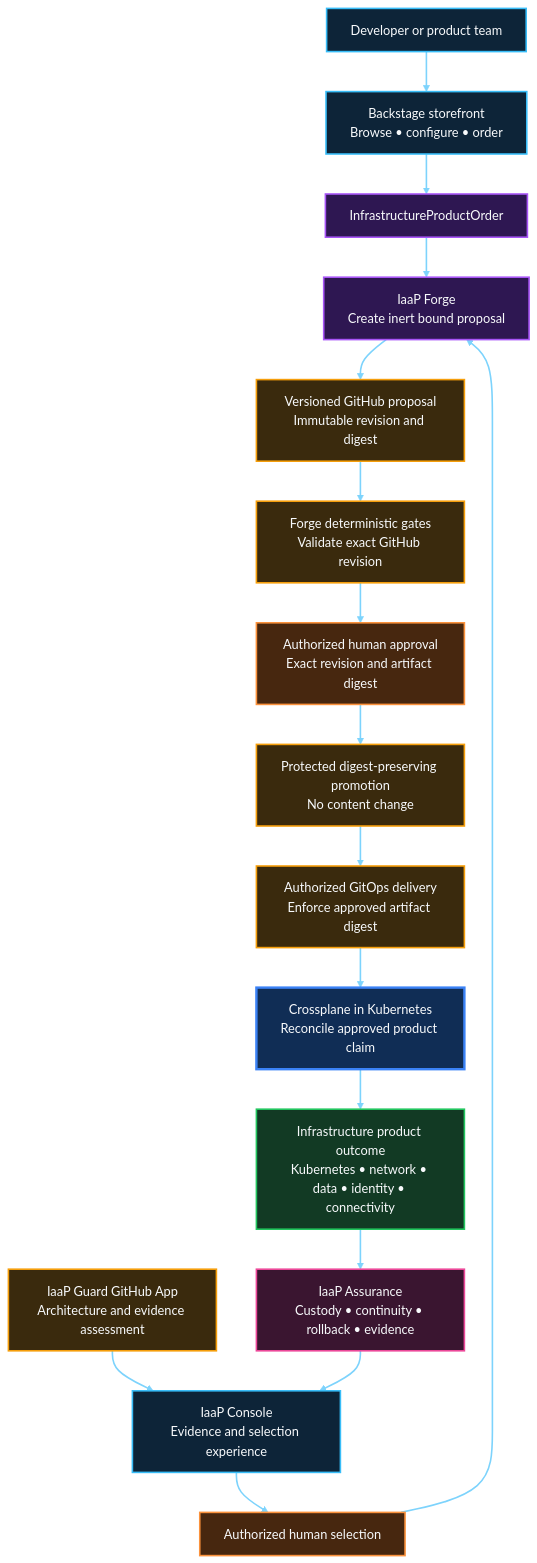
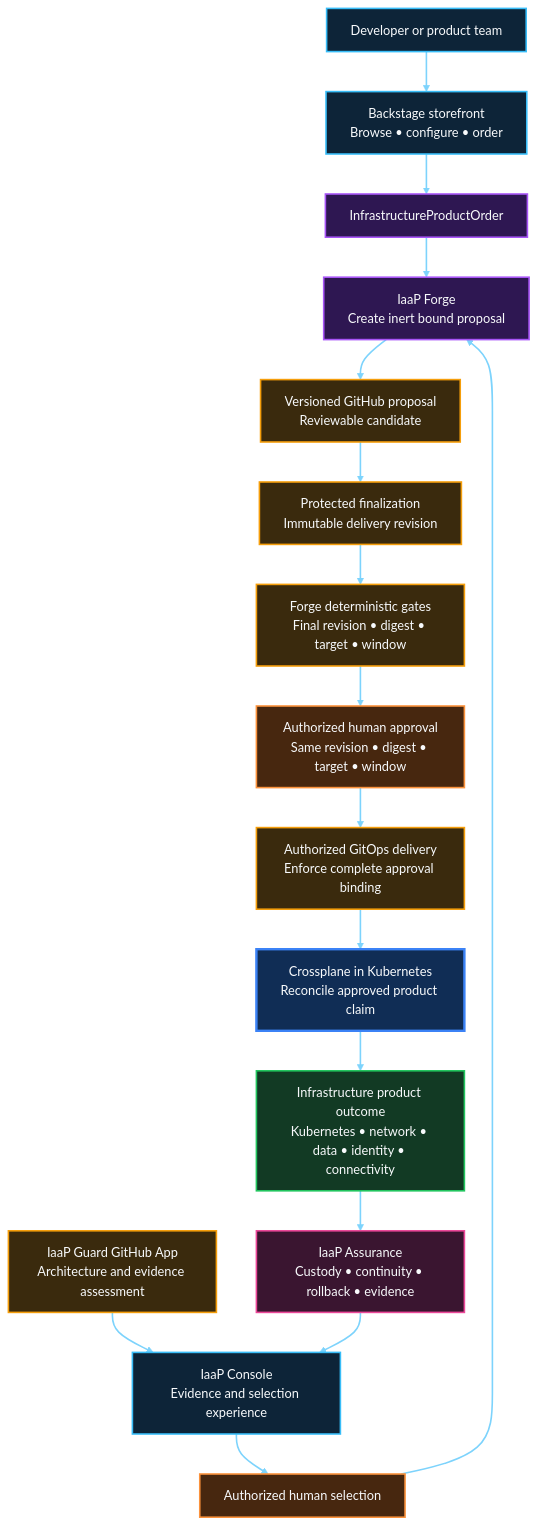
Before and after one commit to InfrastructureProductWorks/ai-powered-infrastructure-as-a-product: the first of 5 diagrams in docs/PRODUCT-ARCHITECTURE.md, drawn with Mermaid (base theme). The commit also changed other lines of this file, not shown here.

Commit message:
docs: bind delivery to final revision target and window

````diff
--- a/docs/PRODUCT-ARCHITECTURE.md
+++ b/docs/PRODUCT-ARCHITECTURE.md
@@ -10,51 +10,51 @@
 ```mermaid
 flowchart TB
   DEV["Developer or product team"]
   STORE["Backstage storefront<br/>Browse • configure • order"]
   ORDER["InfrastructureProductOrder"]
   GUARD["IaaP Guard GitHub App<br/>Architecture and evidence assessment"]
   CONSOLE["IaaP Console<br/>Evidence and selection experience"]
   SELECT["Authorized human selection"]
   FORGE["IaaP Forge<br/>Create inert bound proposal"]
-  REVISION["Versioned GitHub proposal<br/>Immutable revision and digest"]
-  VALIDATE["Forge deterministic gates<br/>Validate exact GitHub revision"]
-  APPROVE["Authorized human approval<br/>Exact revision and artifact digest"]
-  PROMOTE["Protected digest-preserving promotion<br/>No content change"]
-  DELIVERY["Authorized GitOps delivery<br/>Enforce approved artifact digest"]
+  REVISION["Versioned GitHub proposal<br/>Reviewable candidate"]
+  FINAL["Protected finalization<br/>Immutable delivery revision"]
+  VALIDATE["Forge deterministic gates<br/>Final revision • digest • target • window"]
+  APPROVE["Authorized human approval<br/>Same revision • digest • target • window"]
+  DELIVERY["Authorized GitOps delivery<br/>Enforce complete approval binding"]
   CONTROL["Crossplane in Kubernetes<br/>Reconcile approved product claim"]
   OUTCOME["Infrastructure product outcome<br/>Kubernetes • network • data • identity • connectivity"]
   ASSURE["IaaP Assurance<br/>Custody • continuity • rollback • evidence"]
 
   DEV --> STORE
   STORE --> ORDER
   GUARD --> CONSOLE
   CONSOLE --> SELECT
   ORDER --> FORGE
   SELECT --> FORGE
   FORGE --> REVISION
-  REVISION --> VALIDATE
+  REVISION --> FINAL
+  FINAL --> VALIDATE
   VALIDATE --> APPROVE
-  APPROVE --> PROMOTE
-  PROMOTE --> DELIVERY
+  APPROVE --> DELIVERY
   DELIVERY --> CONTROL
   CONTROL --> OUTCOME
   OUTCOME --> ASSURE
   ASSURE --> CONSOLE
 
   classDef experience fill:#0D2438,stroke:#38BDF8,stroke-width:2px,color:#F8FAFC
   classDef product fill:#2E1752,stroke:#A855F7,stroke-width:2px,color:#F8FAFC
   classDef governance fill:#3A2A0D,stroke:#F59E0B,stroke-width:2px,color:#F8FAFC
   classDef human fill:#47270F,stroke:#FB923C,stroke-width:2px,color:#F8FAFC
   classDef control fill:#102D55,stroke:#3B82F6,stroke-width:3px,color:#F8FAFC
   classDef outcome fill:#123A24,stroke:#22C55E,stroke-width:2px,color:#F8FAFC
   classDef evidence fill:#3A1530,stroke:#EC4899,stroke-width:2px,color:#F8FAFC
   class DEV,STORE,CONSOLE experience
   class ORDER,FORGE product
-  class GUARD,REVISION,VALIDATE governance
+  class GUARD,REVISION,FINAL,VALIDATE governance
   class SELECT,APPROVE human
-  class PROMOTE,DELIVERY governance
+  class DELIVERY governance
   class CONTROL control
   class OUTCOME outcome
   class ASSURE evidence
   linkStyle default stroke:#7DD3FC,stroke-width:2px
 ```
````
